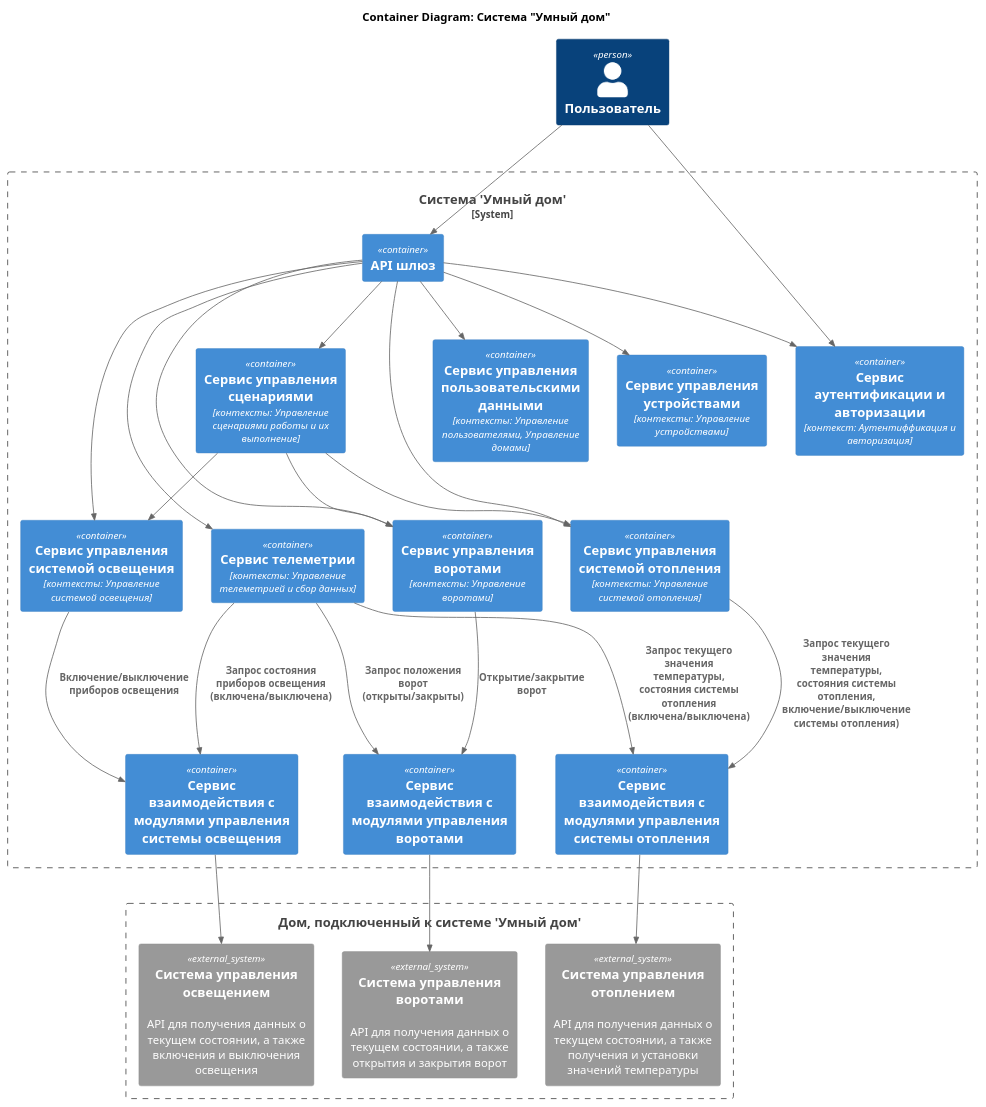
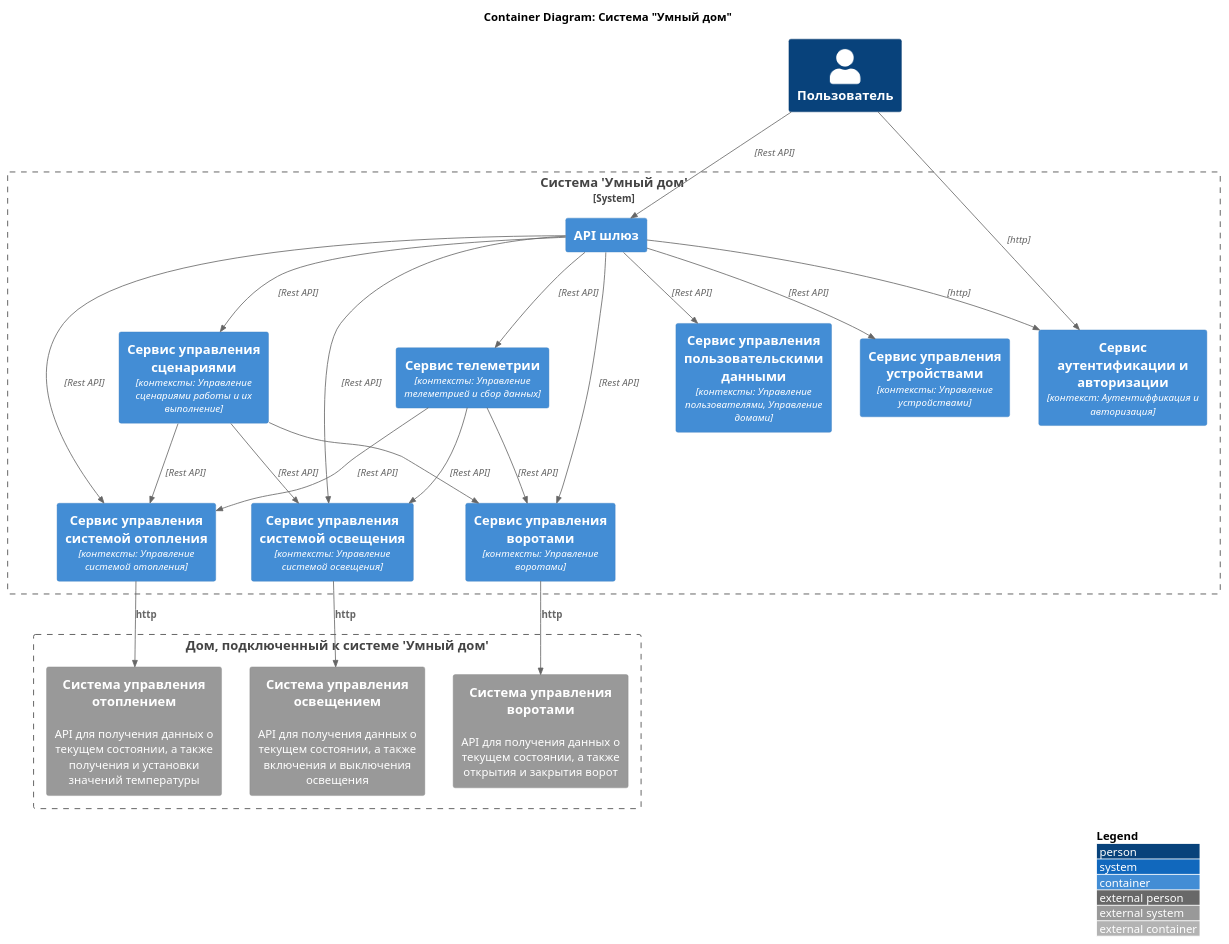
One commit to zergnk/architecture-pro-warmhouse changed the diagram in schemas/C4/container/smarthome_containers_diagram.puml. Above: the diagram before and after it, drawn with PlantUML. The commit also changed 10 other files, not shown here.

```diff
--- a/schemas/C4/container/smarthome_containers_diagram.puml
+++ b/schemas/C4/container/smarthome_containers_diagram.puml
@@ -1,68 +1,59 @@
 @startuml
 title Container Diagram: Система "Умный дом"
 
 top to bottom direction
 
 !include <C4/C4_Container.puml>
 
-'LAYOUT_WITH_LEGEND()
+LAYOUT_WITH_LEGEND()
 
 Person(user, "Пользователь")
 
 System_Boundary(smart_house, "Система 'Умный дом'") {
     Container("auth_service", "Сервис аутентификации и авторизации", "контекст: Аутентиффикация и авторизация")
     Container("api_gateway", "API шлюз", "")
 
     Container("user_data_management_service", "Сервис управления пользовательскими данными", "контексты: Управление пользователями, Управление домами")
 
     Container("device_management_service", "Сервис управления устройствами", "контексты: Управление устройствами")
     Container("system_heating_management_service", "Сервис управления системой отопления", "контексты: Управление системой отопления")
     Container("system_lightning_management_service", "Сервис управления системой освещения", "контексты: Управление системой освещения")
     Container("gates_management_service", "Сервис управления воротами", "контексты: Управление воротами")
 
     Container("telemetry_service", "Сервис телеметрии", "контексты: Управление телеметрией и сбор данных")
     Container("scenario_management_service", "Сервис управления сценариями", "контексты: Управление сценариями работы и их выполнение")
-
-    Container("heating_system_modules_api_service", "Сервис взаимодействия с модулями управления системы отопления", "")
-    Container("lightning_system_modules_api_service", "Сервис взаимодействия с модулями управления системы освещения", "")
-    Container("gates_modules_api_service", "Сервис взаимодействия с модулями управления воротами", "")
-
 }
 
 Boundary(external_house_boundary, "Дом, подключенный к системе 'Умный дом'") {
     System_Ext(heating_system, "Система управления отоплением", "API для получения данных о текущем состоянии, а также получения и установки значений температуры")
     System_Ext(lightning_system, "Система управления освещением", "API для получения данных о текущем состоянии, а также включения и выключения освещения")
     System_Ext(gates_system, "Система управления воротами", "API для получения данных о текущем состоянии, а также открытия и закрытия ворот")
 }
 
 
 
-Rel(user, api_gateway, "")
-Rel(user, auth_service, "")
-Rel(api_gateway, auth_service, "")
-Rel(api_gateway, user_data_management_service, "")
-Rel(api_gateway, device_management_service, "")
-Rel(api_gateway, telemetry_service, "")
-Rel(api_gateway, scenario_management_service, "")
-Rel(api_gateway, system_heating_management_service, "")
-Rel(api_gateway, system_lightning_management_service, "")
-Rel(api_gateway, gates_management_service, "")
+Rel(user, api_gateway, "", "Rest API")
+Rel(user, auth_service, "", "http")
+Rel(api_gateway, auth_service, "", "http")
+Rel(api_gateway, user_data_management_service, "", "Rest API")
+Rel(api_gateway, device_management_service, "", "Rest API")
+Rel(api_gateway, telemetry_service, "", "Rest API")
+Rel(api_gateway, scenario_management_service, "", "Rest API")
+Rel(api_gateway, system_heating_management_service, "", "Rest API")
+Rel(api_gateway, system_lightning_management_service, "", "Rest API")
+Rel(api_gateway, gates_management_service, "", "Rest API")
 
-Rel(scenario_management_service, system_heating_management_service, "")
-Rel(scenario_management_service, system_lightning_management_service, "")
+Rel(scenario_management_service, system_heating_management_service, "", "Rest API")
+Rel(scenario_management_service, system_lightning_management_service, "", "Rest API")
 Rel(scenario_management_service, gates_management_service, "")
 
-Rel("system_heating_management_service", heating_system_modules_api_service, "Запрос текущего значения температуры, состояния системы отопления, включение/выключение системы отопления)")
-Rel("system_lightning_management_service", lightning_system_modules_api_service, "Включение/выключение приборов освещения")
-Rel("gates_management_service", gates_modules_api_service, "Открытие/закрытие ворот")
+Rel("telemetry_service", system_heating_management_service, "", "Rest API")
+Rel("telemetry_service", system_lightning_management_service, "", "Rest API")
+Rel("telemetry_service", gates_management_service, "", "Rest API")
 
-Rel("telemetry_service", heating_system_modules_api_service, "Запрос текущего значения температуры, состояния системы отопления (включена/выключена)")
-Rel("telemetry_service", lightning_system_modules_api_service, "Запрос состояния приборов освещения (включена/выключена)")
-Rel("telemetry_service", gates_modules_api_service, "Запрос положения ворот (открыты/закрыты)")
-
-Rel(heating_system_modules_api_service, heating_system, "")
-Rel(lightning_system_modules_api_service, lightning_system, "")
-Rel(gates_modules_api_service, gates_system, "")
+Rel(system_heating_management_service, heating_system, "http")
+Rel(system_lightning_management_service, lightning_system, "http")
+Rel(gates_management_service, gates_system, "http")
 
 
 @enduml
```
